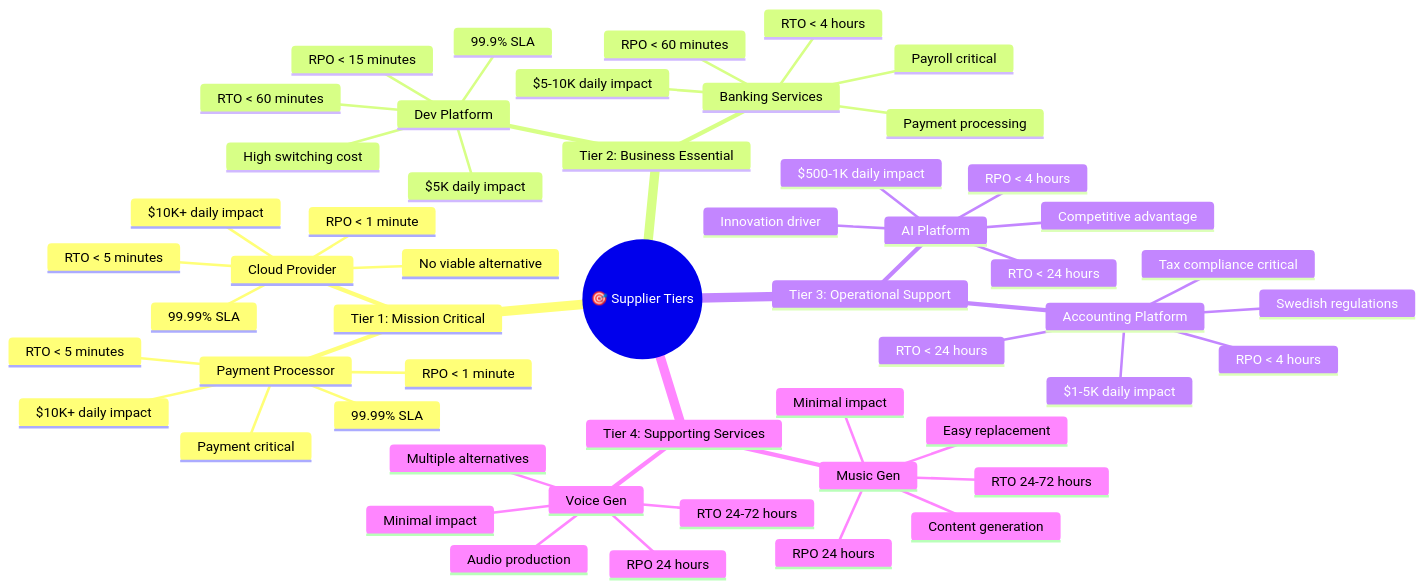
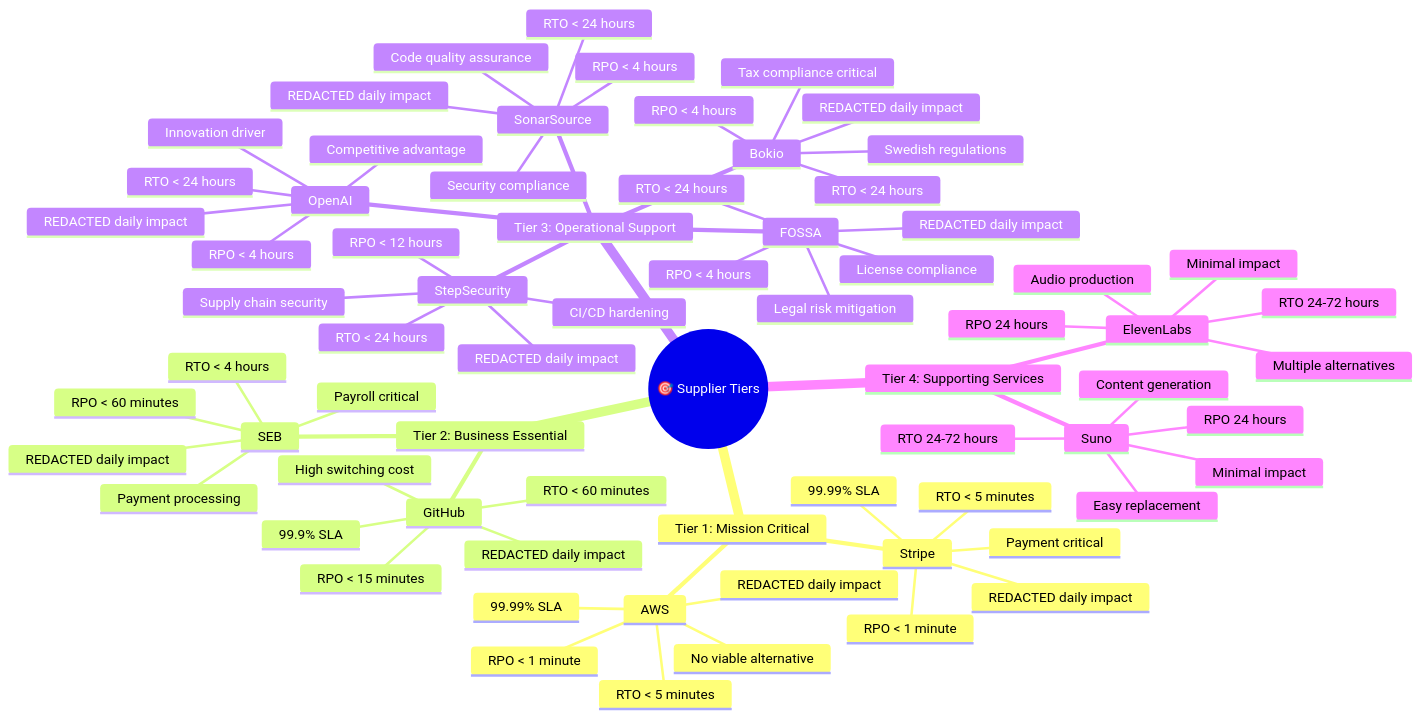
One commit to Hack23/ISMS-PUBLIC changed the first of 5 diagrams in SUPPLIER.md. Above: the diagram before and after it, drawn with Mermaid. The commit also changed other lines of this file, not shown here.

````diff
--- a/SUPPLIER.md
+++ b/SUPPLIER.md
@@ -76,56 +87,74 @@
 ```mermaid
 mindmap
   root((🎯 Supplier Tiers))
     Tier 1: Mission Critical
-      Cloud Provider
+      AWS
         RTO < 5 minutes
         RPO < 1 minute
         99.99% SLA
         No viable alternative
-        $10K+ daily impact
-      Payment Processor
+        REDACTED daily impact
+      Stripe
         RTO < 5 minutes
         RPO < 1 minute
         99.99% SLA
         Payment critical
-        $10K+ daily impact
+        REDACTED daily impact
     Tier 2: Business Essential
-      Dev Platform
+      GitHub
         RTO < 60 minutes
         RPO < 15 minutes
         99.9% SLA
         High switching cost
-        $5K daily impact
-      Banking Services
+        REDACTED daily impact
+      SEB
         RTO < 4 hours
         RPO < 60 minutes
         Payment processing
         Payroll critical
-        $5-10K daily impact
+        REDACTED daily impact
     Tier 3: Operational Support
-      Accounting Platform
+      Bokio
         RTO < 24 hours
         RPO < 4 hours
         Tax compliance critical
         Swedish regulations
-        $1-5K daily impact
-      AI Platform
+        REDACTED daily impact
+      OpenAI
         RTO < 24 hours
         RPO < 4 hours
         Innovation driver
         Competitive advantage
-        $500-1K daily impact
+        REDACTED daily impact
+      SonarSource
+        RTO < 24 hours
+        RPO < 4 hours
+        Code quality assurance
+        Security compliance
+        REDACTED daily impact
+      FOSSA
+        RTO < 24 hours
+        RPO < 4 hours
+        License compliance
+        Legal risk mitigation
+        REDACTED daily impact
+      StepSecurity
+        RTO < 24 hours
+        RPO < 12 hours
+        Supply chain security
+        CI/CD hardening
+        REDACTED daily impact
     Tier 4: Supporting Services
-      Music Gen
+      Suno
         RTO 24-72 hours
         RPO 24 hours
         Content generation
         Easy replacement
         Minimal impact
-      Voice Gen
+      ElevenLabs
         RTO 24-72 hours
         RPO 24 hours
         Audio production
         Multiple alternatives
         Minimal impact
 ```
````
